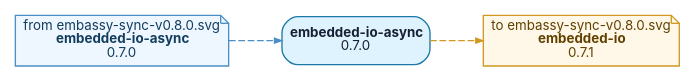
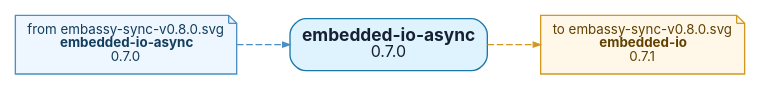
Before and after one commit to t4ce/TRUEOS: the diagram in tools/depgraph/by-root/embedded-io-async-v0.7.0.dot, drawn with Graphviz. The commit also changed 162 other files, not shown here.

```diff
--- a/tools/depgraph/by-root/embedded-io-async-v0.7.0.dot
+++ b/tools/depgraph/by-root/embedded-io-async-v0.7.0.dot
@@ -1,12 +1,12 @@
 digraph "embedded-io-async-v0.7.0" {
   graph [rankdir=LR, bgcolor="white", overlap=false, splines=true, nodesep=0.35, ranksep=0.55];
-  node [shape=box, style="rounded,filled", fontname="Inter,Arial", fontsize=10, margin="0.08,0.05", color="#8b9bb0", fillcolor="#f7f9fb", fontcolor="#172033"];
+  node [shape=box, style="rounded,filled", fontname="Inter,Arial", fontsize=10, margin="0.13,0.10", color="#8b9bb0", fillcolor="#f7f9fb", fontcolor="#172033"];
   edge [color="#9aa8b8", arrowsize=0.55, penwidth=0.9];
-  n0 [label=<<B>embedded-io-async</B><BR/>0.7.0>, fillcolor="#dff3ff", color="#1b78a6"];
+  n0 [label=<<FONT POINT-SIZE="13"><B>embedded-io-async</B></FONT><BR/><FONT POINT-SIZE="12">0.7.0</FONT>>, fillcolor="#dff3ff", color="#1b78a6"];
   out0 [label=<to embassy-sync-v0.8.0.svg<BR/><B>embedded-io</B><BR/>0.7.1>, shape=note, style="filled", fillcolor="#fff8e8", color="#d19922", fontcolor="#614000"];
   n0 -> out0 [style=dashed, color="#d19922"];
   in1 [label=<from embassy-sync-v0.8.0.svg<BR/><B>embedded-io-async</B><BR/>0.7.0>, shape=note, style="filled", fillcolor="#eef6ff", color="#4b8fc5", fontcolor="#123d5c"];
   in1 -> n0 [style=dashed, color="#4b8fc5"];
   // collapsed leaf ends: 0
   // centered two-input leaves: 0
 }
```
